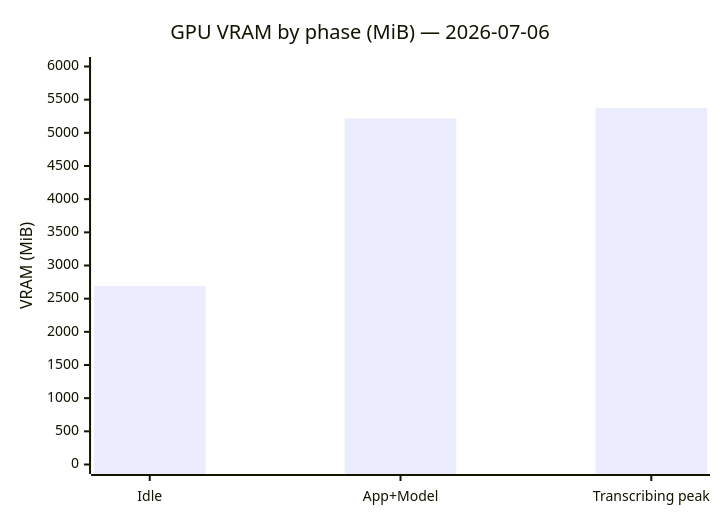
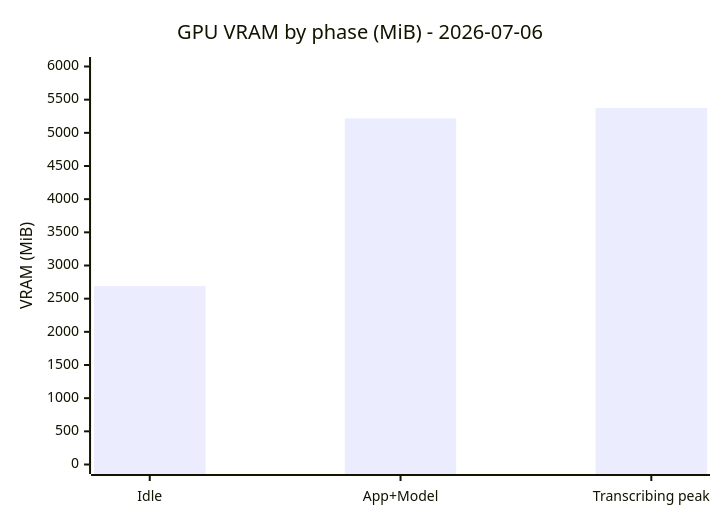
Before and after one commit to Imperium42/echophrase: the first of 2 diagrams in BENCHMARKS.md, drawn with Mermaid. The commit also changed other lines of this file and 26 other files, not shown here.

````diff
--- a/BENCHMARKS.md
+++ b/BENCHMARKS.md
@@ -52,7 +52,7 @@
 ```mermaid
 xychart-beta
-    title "GPU VRAM by phase (MiB) — 2026-07-06"
+    title "GPU VRAM by phase (MiB) - 2026-07-06"
     x-axis ["Idle", "App+Model", "Transcribing peak"]
     y-axis "VRAM (MiB)" 0 --> 6000
     bar [2690, 5217, 5374]
 ```
````
